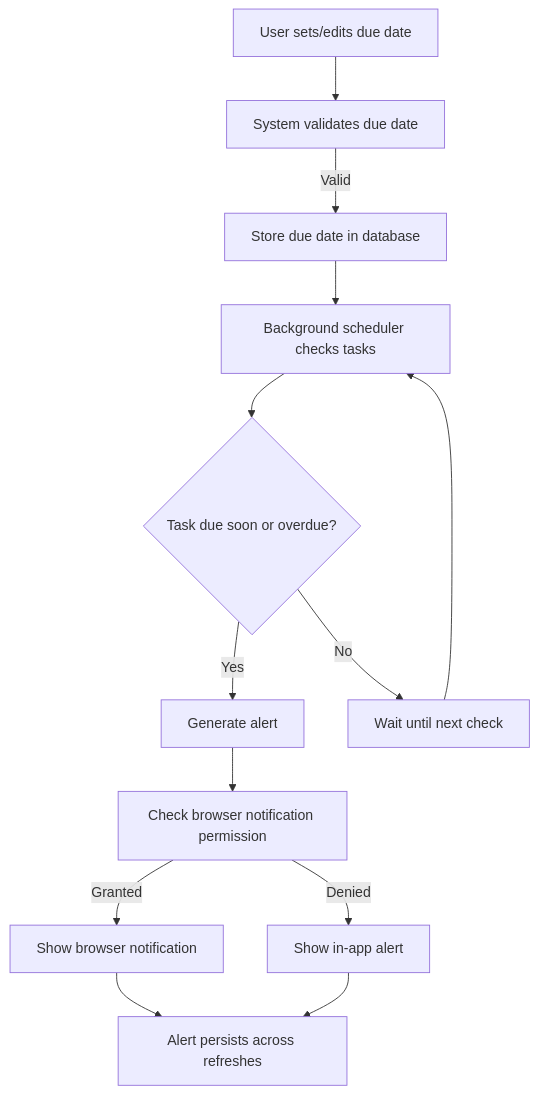
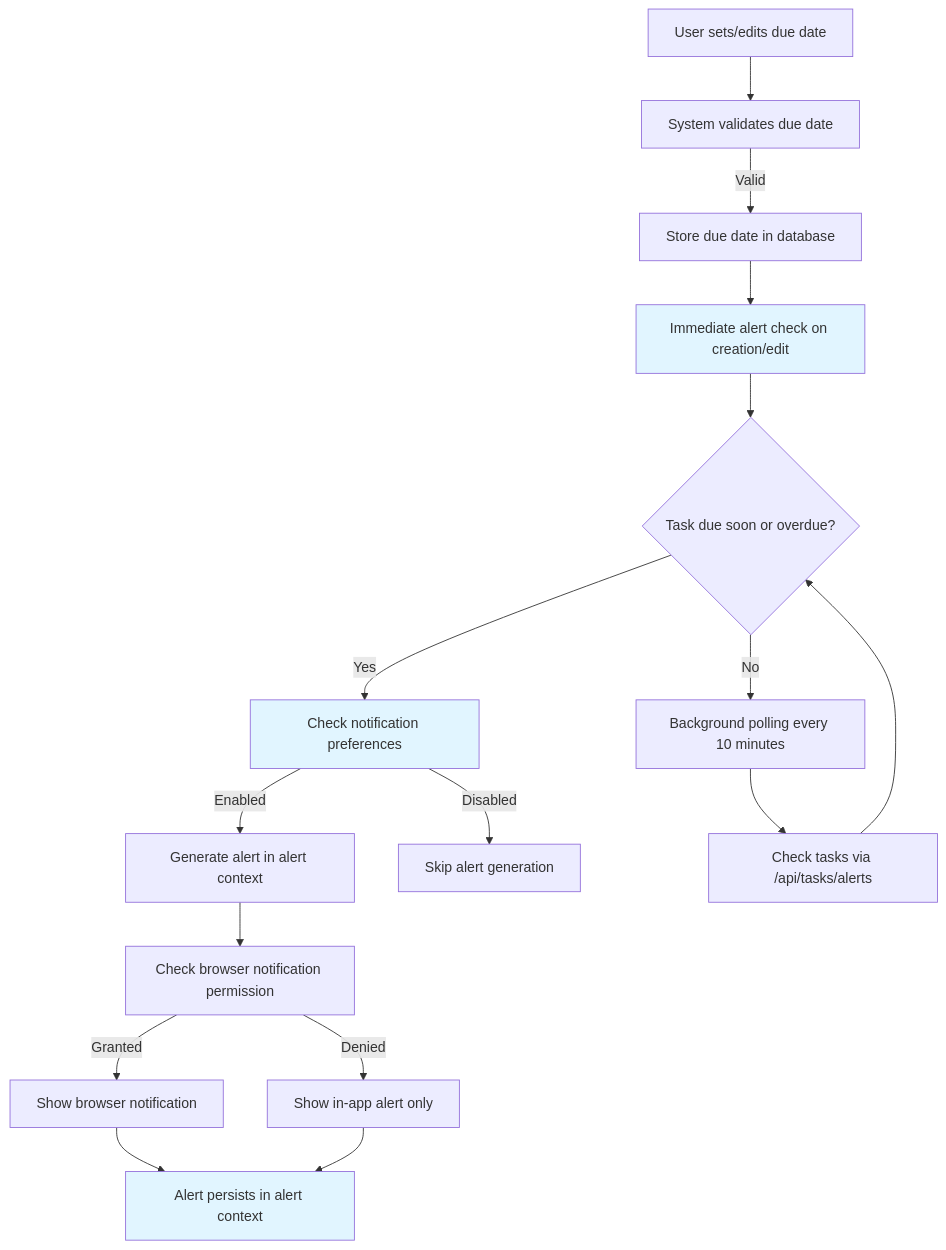
Before and after one commit to gluppler/Kibble: the fifth of 6 diagrams in README.md, drawn with Mermaid. The commit also changed other lines of this file and 34 other files, not shown here.

````diff
--- a/README.md
+++ b/README.md
@@ -568,15 +605,21 @@
 ```mermaid
 flowchart TD
     A[User sets/edits due date] --> B[System validates due date]
     B -->|Valid| C[Store due date in database]
-    C --> D[Background scheduler checks tasks]
+    C --> D[Immediate alert check on creation/edit]
     D --> E{Task due soon or overdue?}
-    E -->|Yes| F[Generate alert]
-    E -->|No| G[Wait until next check]
-    F --> H[Check browser notification permission]
-    H -->|Granted| I[Show browser notification]
-    H -->|Denied| J[Show in-app alert]
-    I --> K[Alert persists across refreshes]
-    J --> K
-    G --> D
+    E -->|Yes| F[Check notification preferences]
+    E -->|No| G[Background polling every 10 minutes]
+    F -->|Enabled| H[Generate alert in alert context]
+    F -->|Disabled| I[Skip alert generation]
+    H --> J[Check browser notification permission]
+    J -->|Granted| K[Show browser notification]
+    J -->|Denied| L[Show in-app alert only]
+    K --> M[Alert persists in alert context]
+    L --> M
+    G --> N[Check tasks via /api/tasks/alerts]
+    N --> E
+    style D fill:#e1f5ff
+    style F fill:#e1f5ff
+    style M fill:#e1f5ff
 ```
````
